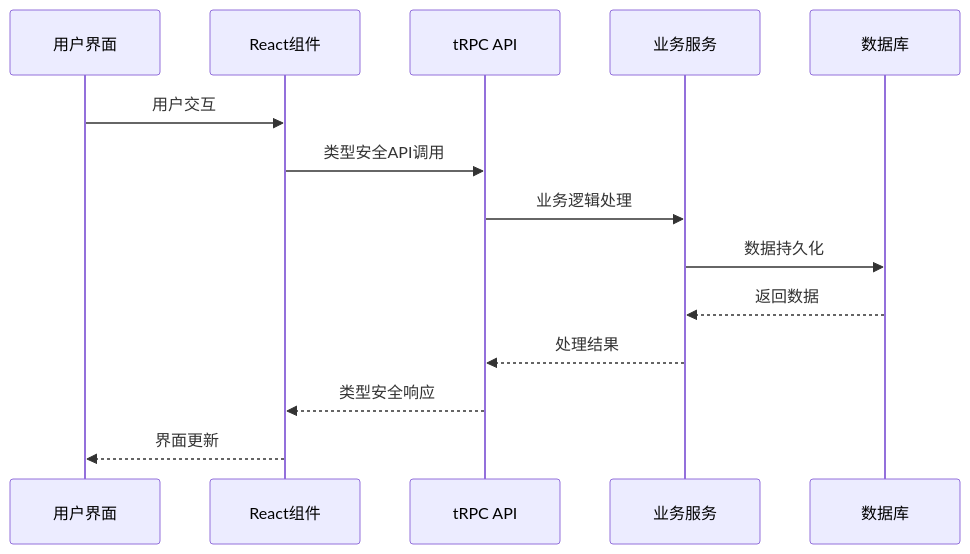
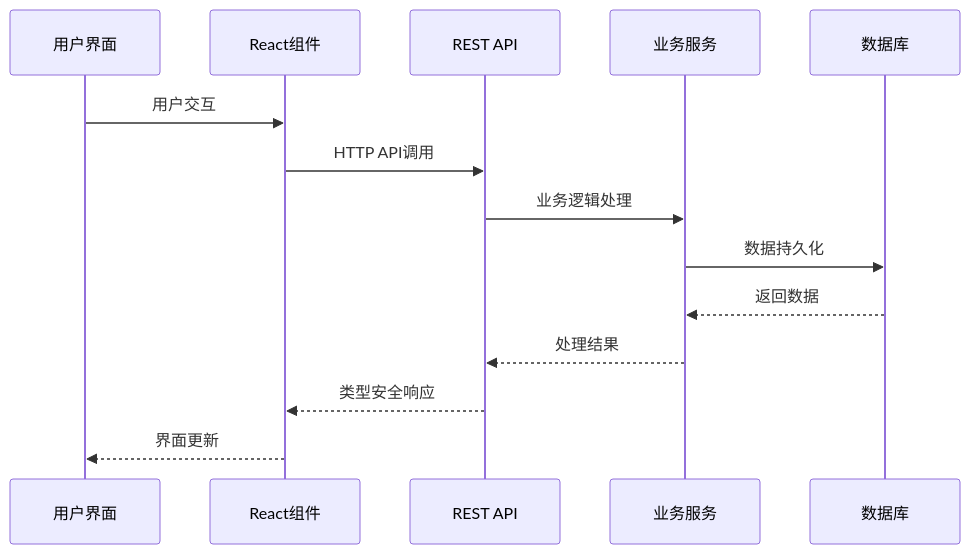
One commit to bobo522487/fastbuild changed the second of 2 diagrams in docs/cohesion-check-report.md. Above: the diagram before and after it, drawn with Mermaid. The commit also changed other lines of this file and 83 other files, not shown here.

````diff
--- a/docs/cohesion-check-report.md
+++ b/docs/cohesion-check-report.md
@@ -157,17 +157,17 @@
 ```mermaid
 sequenceDiagram
     participant U as 用户界面
     participant C as React组件
-    participant A as tRPC API
+    participant A as REST API
     participant S as 业务服务
     participant D as 数据库
 
     U->>C: 用户交互
-    C->>A: 类型安全API调用
+    C->>A: HTTP API调用
     A->>S: 业务逻辑处理
     S->>D: 数据持久化
     D-->>S: 返回数据
     S-->>A: 处理结果
     A-->>C: 类型安全响应
     C-->>U: 界面更新
 ```
````
